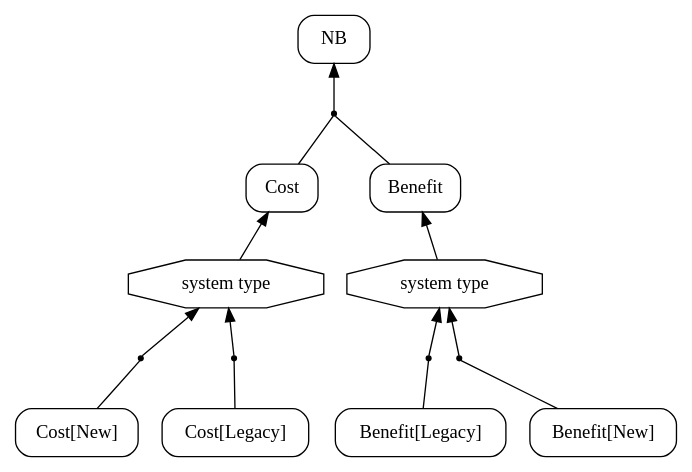
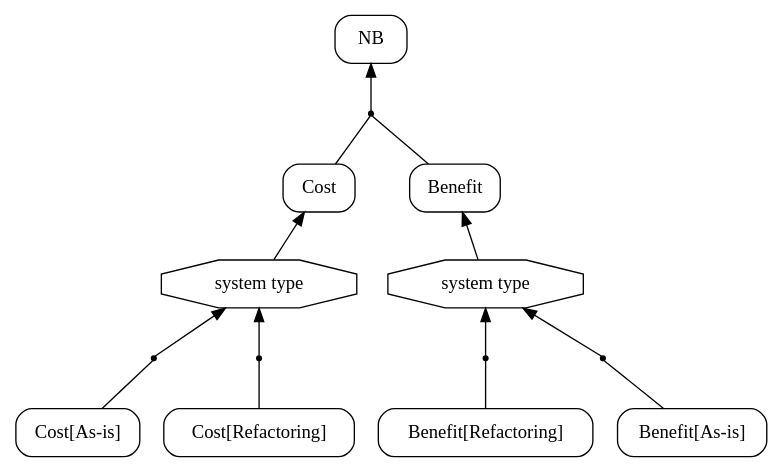
Before and after one commit to sbusari/RADAR2: the diagram in uk.ac.ucl.cs.results/CVB/graph/vgraph.dot, drawn with Graphviz. The commit also changed 40 other files, not shown here.

```diff
--- a/uk.ac.ucl.cs.results/CVB/graph/vgraph.dot
+++ b/uk.ac.ucl.cs.results/CVB/graph/vgraph.dot
@@ -1,28 +1,28 @@
 digraph G { 
 rankdir = BT 
 AndRef0[shape = point] 
 1[label="system type", shape = polygon, sides =8]1->"Benefit"
-"Benefit[New]"[shape = box, style = rounded] 
+"Benefit[As-is]"[shape = box, style = rounded] 
 AndRef0->1
-"Benefit[New]"->AndRef0 [dir = none] 
+"Benefit[As-is]"->AndRef0 [dir = none] 
 AndRef1[shape = point] 
-1[label="system type", shape = polygon, sides =8]"Benefit[Legacy]"[shape = box, style = rounded] 
+1[label="system type", shape = polygon, sides =8]"Benefit[Refactoring]"[shape = box, style = rounded] 
 AndRef1->1
-"Benefit[Legacy]"->AndRef1 [dir = none] 
+"Benefit[Refactoring]"->AndRef1 [dir = none] 
 "Benefit"[shape = box, style = rounded] 
 AndRef2[shape = point] 
 3[label="system type", shape = polygon, sides =8]3->"Cost"
-"Cost[New]"[shape = box, style = rounded] 
+"Cost[As-is]"[shape = box, style = rounded] 
 AndRef2->3
-"Cost[New]"->AndRef2 [dir = none] 
+"Cost[As-is]"->AndRef2 [dir = none] 
 AndRef3[shape = point] 
-3[label="system type", shape = polygon, sides =8]"Cost[Legacy]"[shape = box, style = rounded] 
+3[label="system type", shape = polygon, sides =8]"Cost[Refactoring]"[shape = box, style = rounded] 
 AndRef3->3
-"Cost[Legacy]"->AndRef3 [dir = none] 
+"Cost[Refactoring]"->AndRef3 [dir = none] 
 "Cost"[shape = box, style = rounded] 
 "NB"[shape = box, style = rounded] 
 AndRef4[shape = point] 
 AndRef4->"NB"
 "Benefit"->AndRef4 [dir = none] 
 "Cost"->AndRef4 [dir = none] 
 }
```
